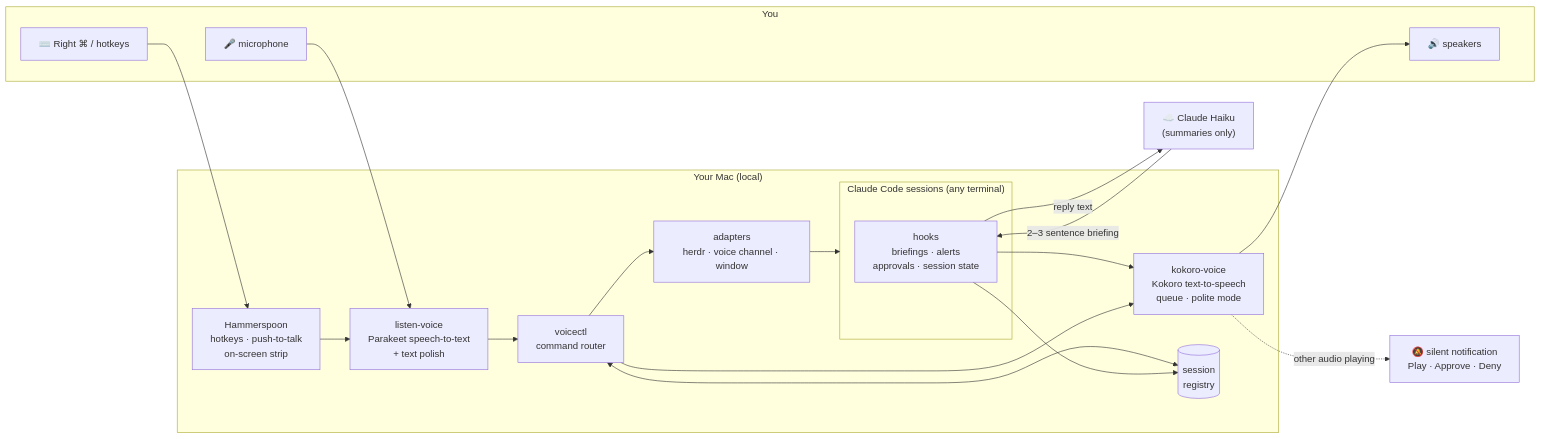
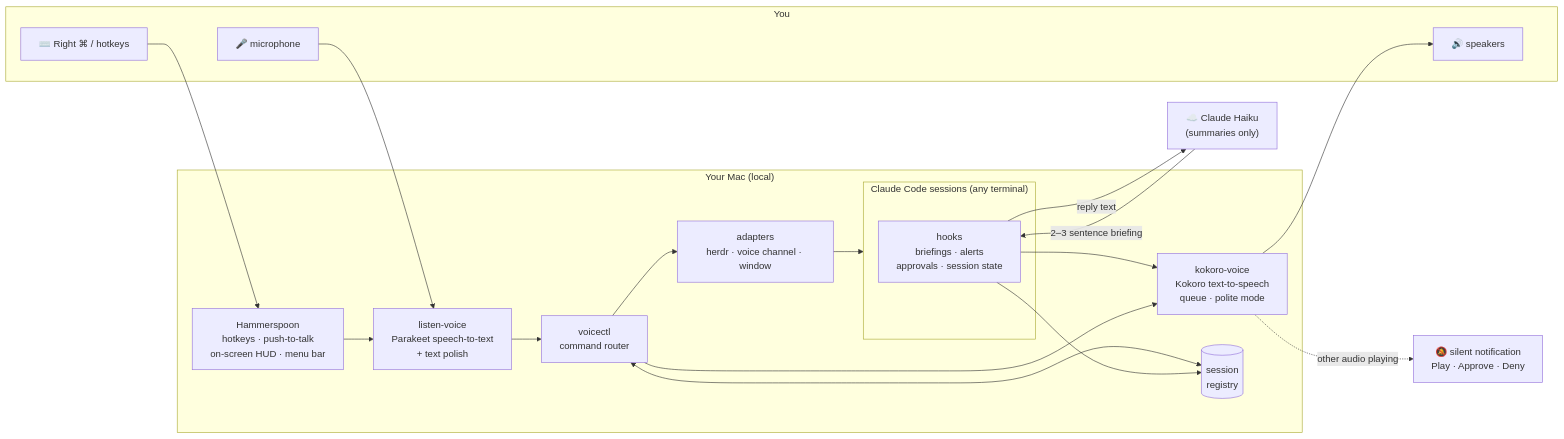
One commit to gobind-singh/claude-voice-kit changed the diagram in README.md. Above: the diagram before and after it, drawn with Mermaid. The commit also changed other lines of this file and 9 other files, not shown here.

First line of the commit message:
Custom on-screen HUD, line icons and menu bar icon (#5)

````diff
--- a/README.md
+++ b/README.md
@@ -33,34 +33,34 @@
 ```mermaid
 flowchart LR
     subgraph You
         K["⌨️ Right ⌘ / hotkeys"]
         M["🎤 microphone"]
         S["🔊 speakers"]
     end
 
     subgraph Mac["Your Mac (local)"]
-        HS["Hammerspoon<br/>hotkeys · push-to-talk<br/>on-screen strip"]
+        HS["Hammerspoon<br/>hotkeys · push-to-talk<br/>on-screen HUD · menu bar"]
         LV["listen-voice<br/>Parakeet speech-to-text<br/>+ text polish"]
         VC["voicectl<br/>command router"]
         KV["kokoro-voice<br/>Kokoro text-to-speech<br/>queue · polite mode"]
         subgraph CC["Claude Code sessions (any terminal)"]
             H["hooks<br/>briefings · alerts<br/>approvals · session state"]
         end
         R[("session<br/>registry")]
         A["adapters<br/>herdr · voice channel · window"]
     end
 
     AI["☁️ Claude Haiku<br/>(summaries only)"]
 
     K --> HS
     M --> LV
     HS --> LV --> VC
     VC --> A --> CC
     VC <--> R
     H --> R
     H -- "reply text" --> AI -- "2–3 sentence briefing" --> H
     H --> KV
     VC --> KV
     KV --> S
     KV -. "other audio playing" .-> N["🔕 silent notification<br/>Play · Approve · Deny"]
 ```
````
